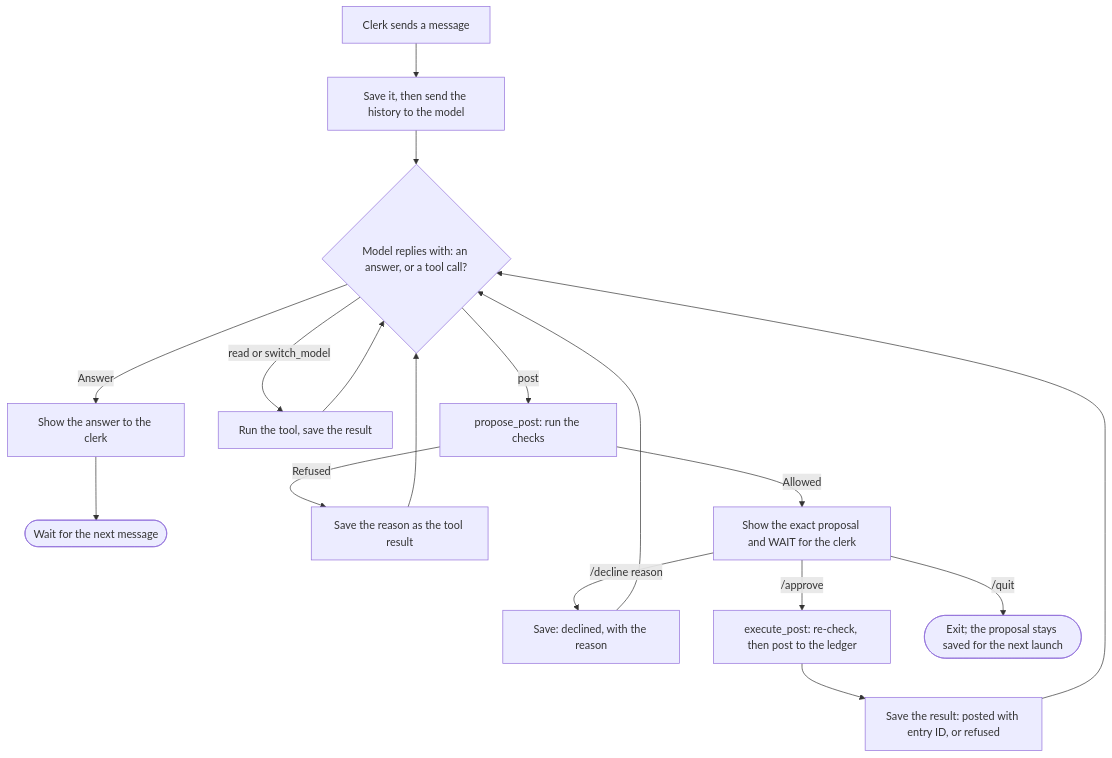
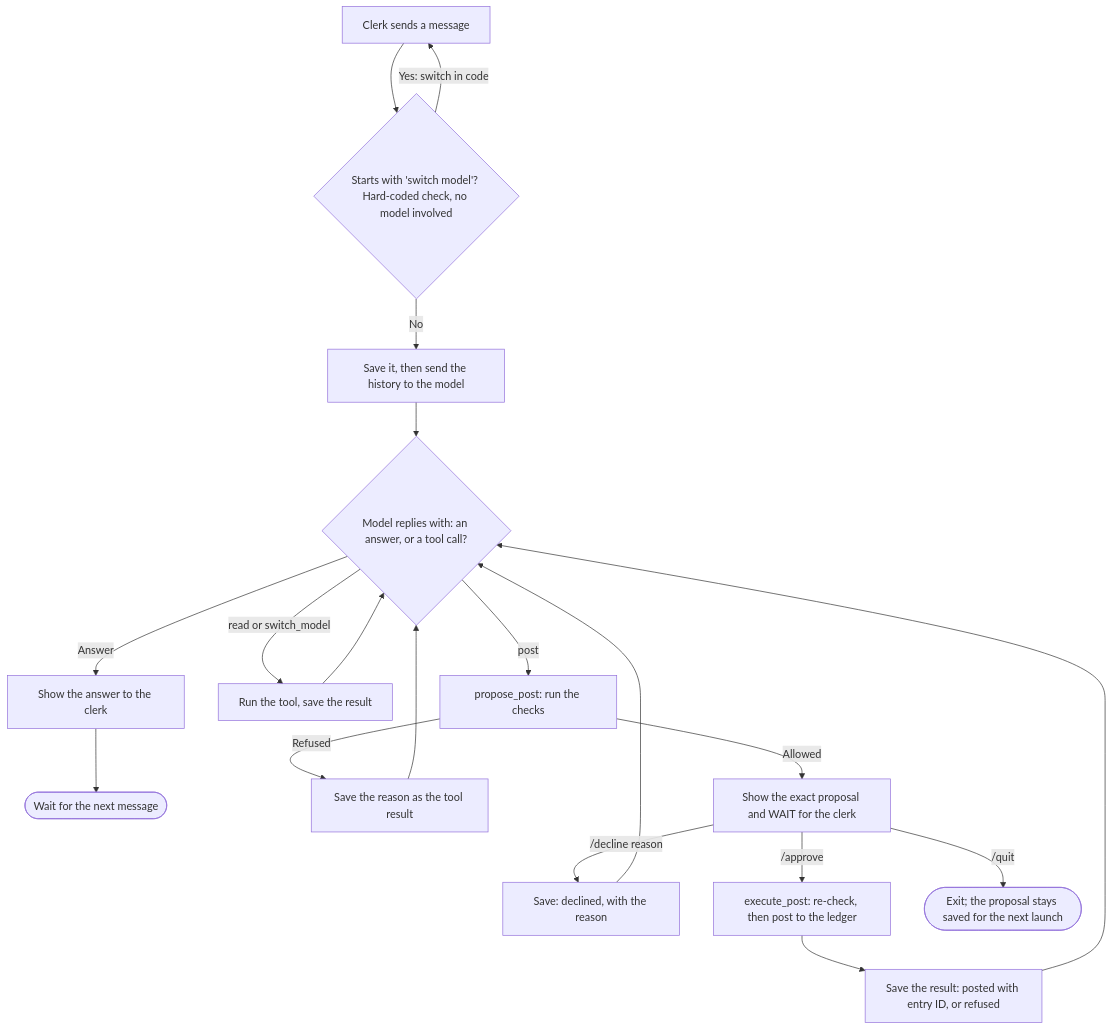
The second of 5 diagrams in FourX_Agent_Implementation_Plan.md (dixitbuild/fourX), drawn with Mermaid before and after one commit. The commit also changed other lines of this file, not shown here.

Commit message:
feat(agent): add hard-coded check for model switching in CLI

````diff
--- a/FourX_Agent_Implementation_Plan.md
+++ b/FourX_Agent_Implementation_Plan.md
@@ -114,14 +121,16 @@
 ```mermaid
 flowchart TD
-    Msg["Clerk sends a message"] --> Save["Save it, then send the history to the model"]
+    Msg["Clerk sends a message"] --> Hard{"Starts with 'switch model'? Hard-coded check, no model involved"}
+    Hard -->|"Yes: switch in code"| Msg
+    Hard -->|"No"| Save["Save it, then send the history to the model"]
     Save --> Model{"Model replies with: an answer, or a tool call?"}
     Model -->|"Answer"| Show["Show the answer to the clerk"] --> Done([Wait for the next message])
     Model -->|"read or switch_model"| Run["Run the tool, save the result"] --> Model
     Model -->|"post"| Propose["propose_post: run the checks"]
     Propose -->|"Refused"| Back["Save the reason as the tool result"] --> Model
     Propose -->|"Allowed"| Wait["Show the exact proposal and WAIT for the clerk"]
     Wait -->|"/decline reason"| Declined["Save: declined, with the reason"] --> Model
     Wait -->|"/approve"| Exec["execute_post: re-check, then post to the ledger"]
     Exec --> Posted["Save the result: posted with entry ID, or refused"] --> Model
     Wait -->|"/quit"| Kept(["Exit; the proposal stays saved for the next launch"])
 ```
````
